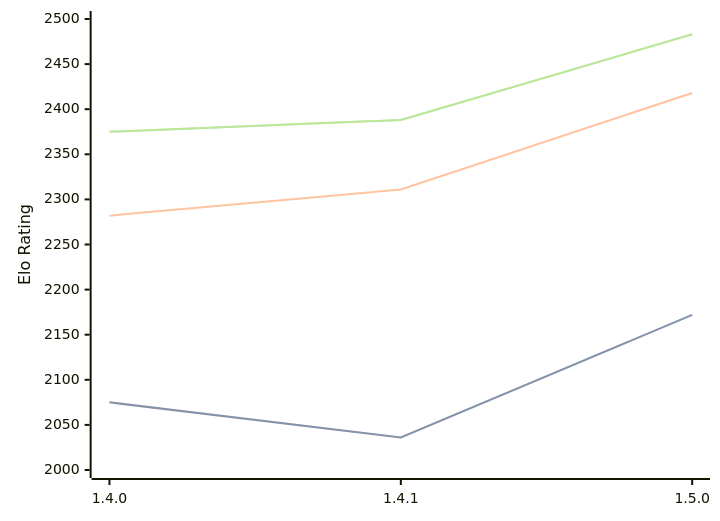
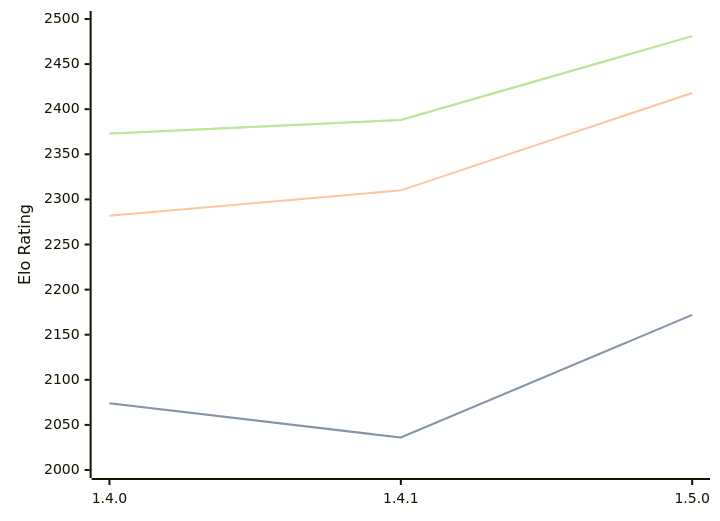
Before and after one commit to computer-chess-index/cci: the third of 3 diagrams in engines/Tofiks.md, drawn with Mermaid. The commit also changed other lines of this file, not shown here.

Commit message:
Update CCI Ratings (ELO VLTC) - 2026-06-19

````diff
--- a/engines/Tofiks.md
+++ b/engines/Tofiks.md
@@ -70,11 +70,11 @@
 ```mermaid
 %%{init: {"theme":"base","themeVariables":{"seriesColors:['#a3a3a3','#222221','#faa371']}}}%%
 xychart-beta
   x-axis ["1.4.0", "1.4.1", "1.5.0"]
   y-axis "Elo Rating" 2000 --> 2500
-  line "STC (8.0+0.08s)" [2075, 2036, 2172]
-  line "STC (8.0+0.08s)" [2075, 2036, 2172]
-  line "LTC (60.0+0.60s)" [2282, 2311, 2418]
-  line "VLTC (2m24s+1.12s)" [2375, 2388, 2483]
-  line "VLTC (2m24s+1.12s)" [2375, 2388, 2483]
+  line "STC (8.0+0.08s)" [2074, 2036, 2172]
+  line "STC (8.0+0.08s)" [2074, 2036, 2172]
+  line "LTC (60.0+0.60s)" [2282, 2310, 2418]
+  line "VLTC (2m24s+1.12s)" [2373, 2388, 2481]
+  line "VLTC (2m24s+1.12s)" [2373, 2388, 2481]
 ```
````
